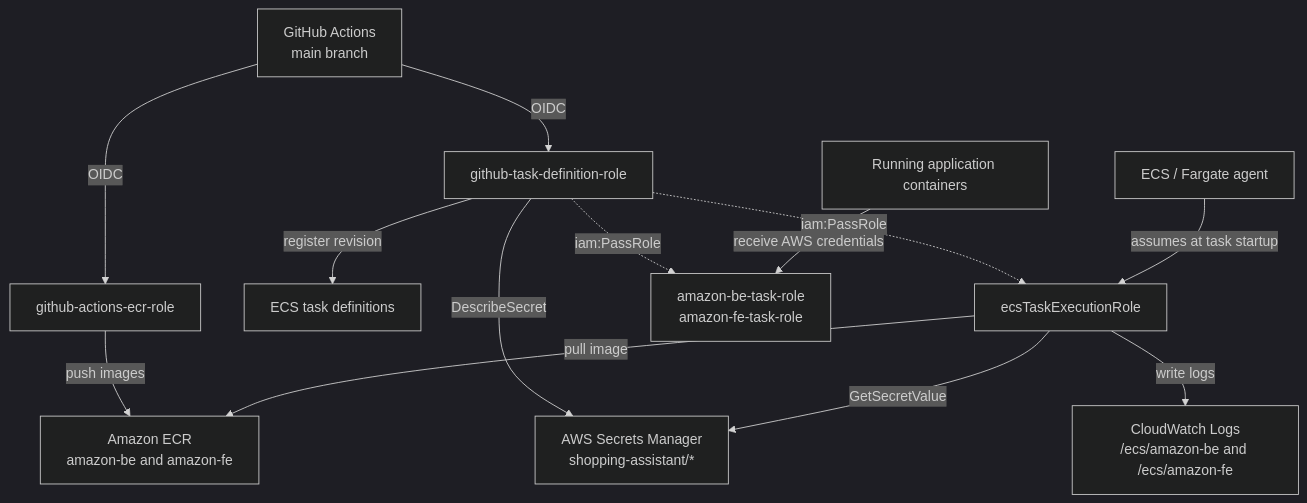
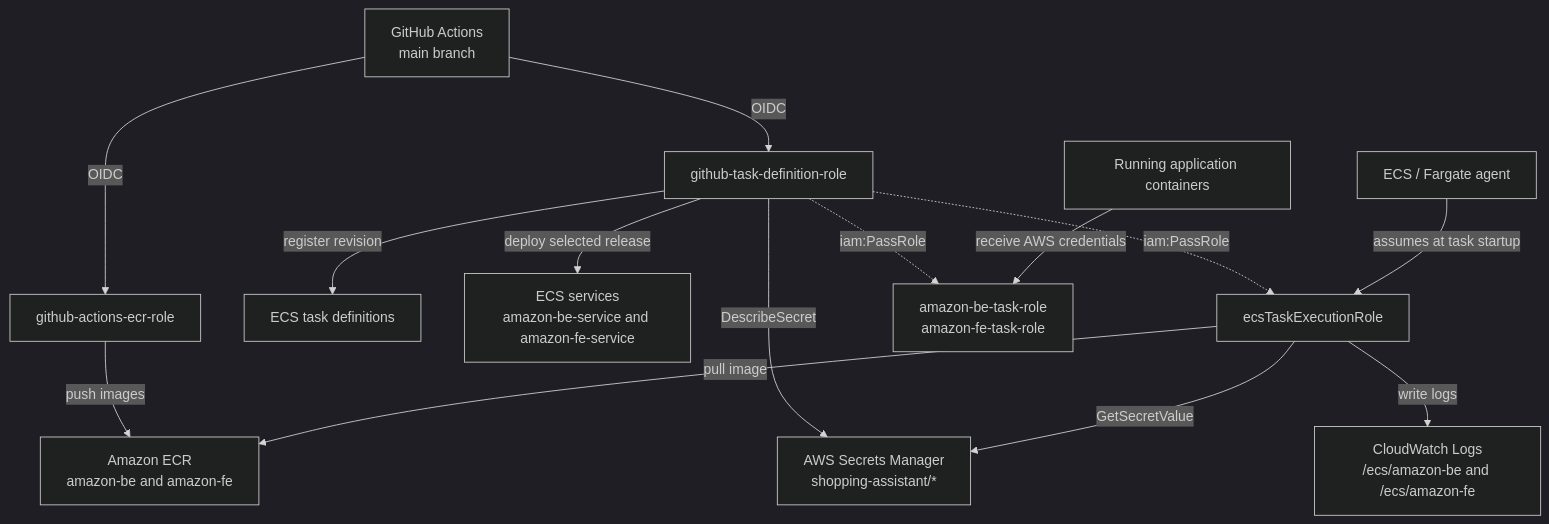
The second of 2 diagrams in documentation/aws-architecture.md (hchenv/ai-eng-project), drawn with Mermaid (dark theme) before and after one commit. The commit also changed other lines of this file and 6 other files, not shown here.

First line of the commit message:
Add release-based ECS deployment workflow (#14)

````diff
--- a/documentation/aws-architecture.md
+++ b/documentation/aws-architecture.md
@@ -49,18 +49,19 @@
 ```mermaid
 flowchart TB
     GitHub["GitHub Actions<br/>main branch"] -->|"OIDC"| ECRRole["github-actions-ecr-role"]
     GitHub -->|"OIDC"| DefinitionRole["github-task-definition-role"]
 
     ECRRole -->|"push images"| ECR["Amazon ECR<br/>amazon-be and amazon-fe"]
     DefinitionRole -->|"DescribeSecret"| Secrets["AWS Secrets Manager<br/>shopping-assistant/*"]
     DefinitionRole -->|"register revision"| Definitions["ECS task definitions"]
+    DefinitionRole -->|"deploy selected release"| Services["ECS services<br/>amazon-be-service and amazon-fe-service"]
     DefinitionRole -. "iam:PassRole" .-> ExecutionRole["ecsTaskExecutionRole"]
     DefinitionRole -. "iam:PassRole" .-> TaskRoles["amazon-be-task-role<br/>amazon-fe-task-role"]
 
     ECS["ECS / Fargate agent"] -->|"assumes at task startup"| ExecutionRole
     ExecutionRole -->|"pull image"| ECR
     ExecutionRole -->|"GetSecretValue"| Secrets
     ExecutionRole -->|"write logs"| Logs["CloudWatch Logs<br/>/ecs/amazon-be and /ecs/amazon-fe"]
 
     Containers["Running application containers"] -->|"receive AWS credentials"| TaskRoles
 ```
````
